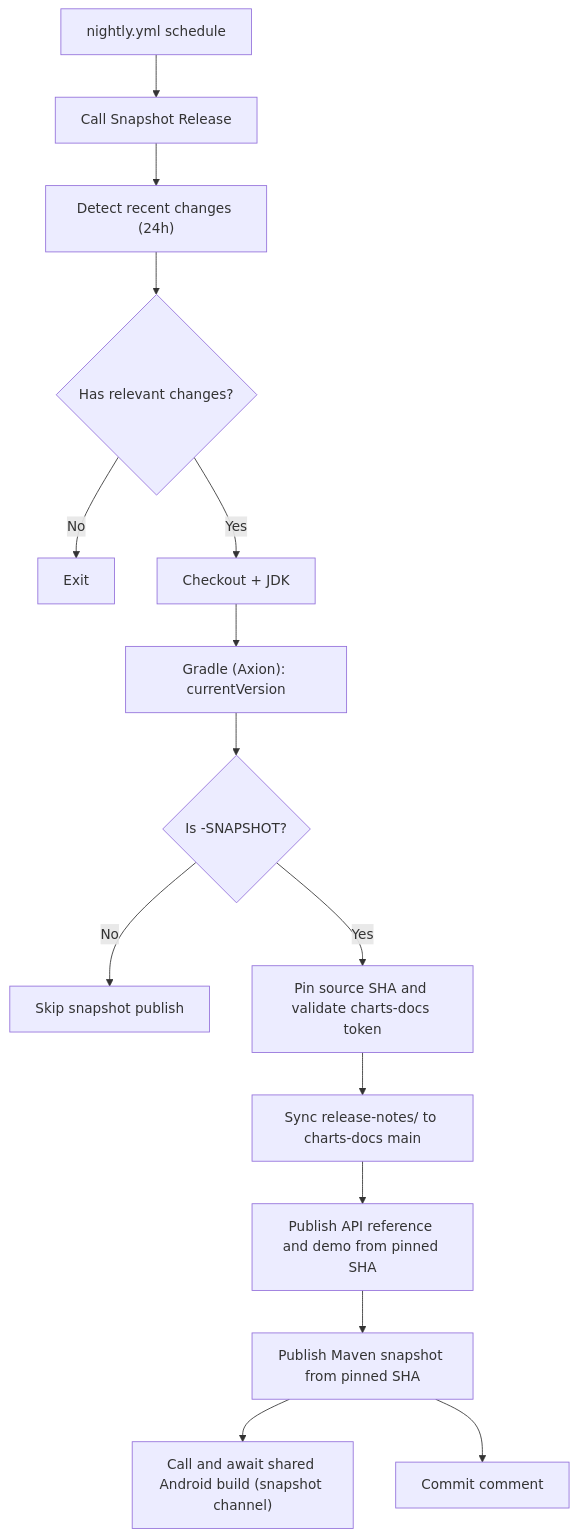
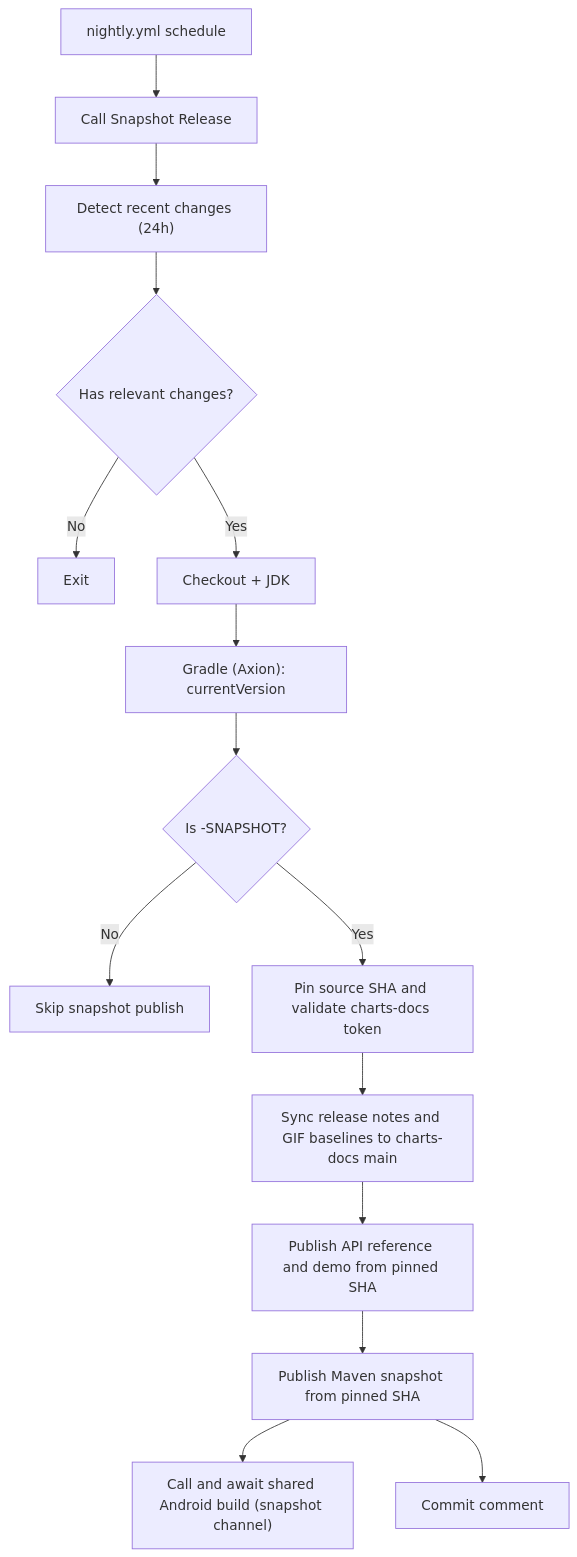
The diagram in docs/release/charts-snapshot.md (HDCharts/charts), drawn with Mermaid before and after one commit. The commit also changed other lines of this file and 18 other files, not shown here.

Commit message:
ci: validate GIF baselines and snapshot provenance (#501)

````diff
--- a/docs/release/charts-snapshot.md
+++ b/docs/release/charts-snapshot.md
@@ -5,17 +5,17 @@
 ```mermaid
 flowchart TD
   A["nightly.yml schedule"] --> B["Call Snapshot Release"]
   B --> C["Detect recent changes (24h)"]
   C --> D{"Has relevant changes?"}
   D -- No --> DX["Exit"]
   D -- Yes --> E["Checkout + JDK"]
   E --> F["Gradle (Axion): currentVersion"]
   F --> G{"Is -SNAPSHOT?"}
   G -- No --> GX["Skip snapshot publish"]
   G -- Yes --> H["Pin source SHA and validate charts-docs token"]
-  H --> I["Sync release-notes/<version> to charts-docs main"]
+  H --> I["Sync release notes and GIF baselines to charts-docs main"]
   I --> J["Publish API reference and demo from pinned SHA"]
   J --> K["Publish Maven snapshot from pinned SHA"]
   K --> L["Call and await shared Android build (snapshot channel)"]
   K --> M["Commit comment"]
 ```
````
